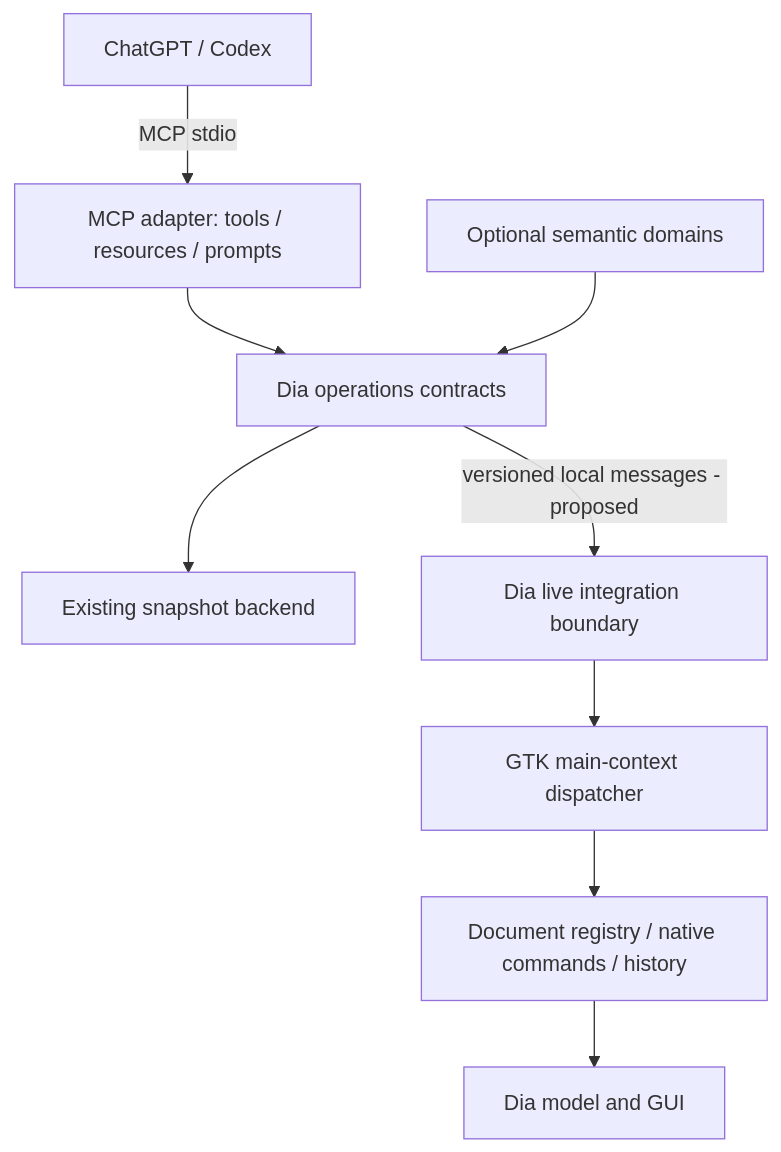
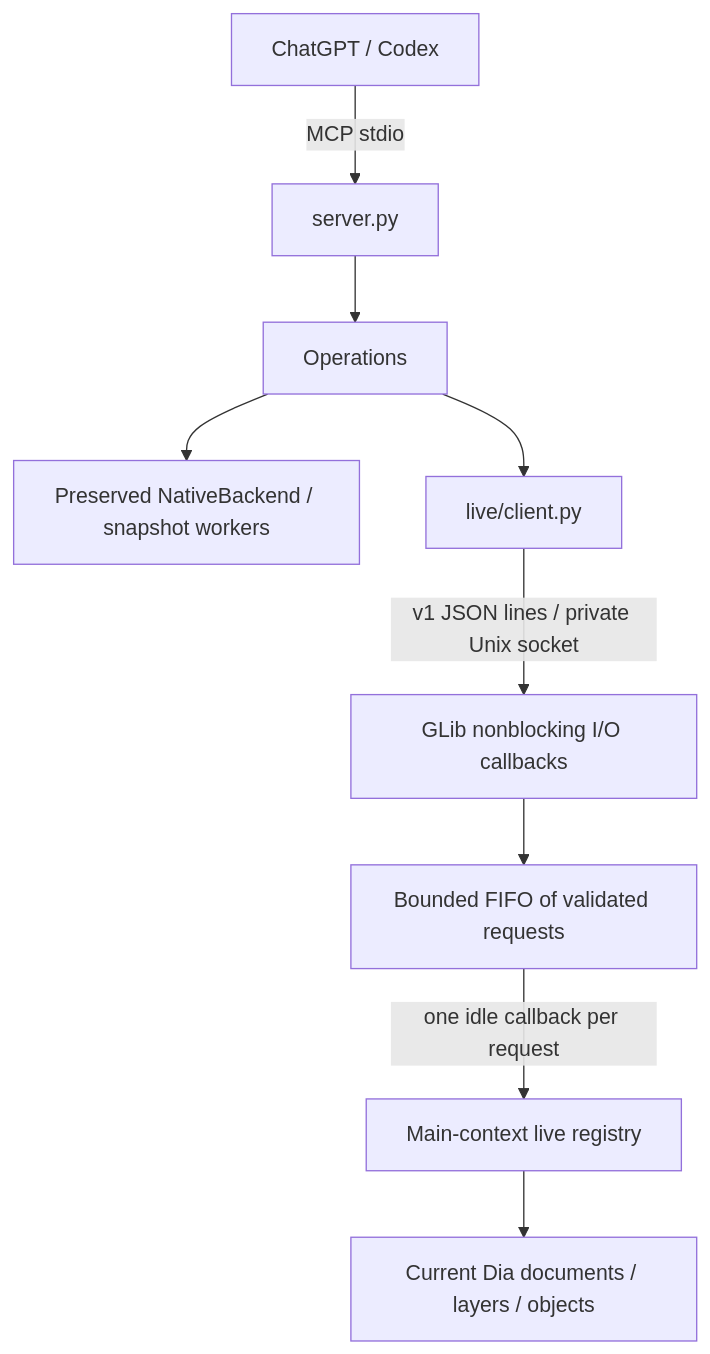
The second of 2 diagrams in docs/mcp-architecture.md (jcrtexidor/dia), drawn with Mermaid before and after one commit. The commit also changed other lines of this file and 13 other files, not shown here.

Commit message:
Expose live MCP inspection and verify GUI lifecycle on Wayland

````diff
--- a/docs/mcp-architecture.md
+++ b/docs/mcp-architecture.md
@@ -158,11 +158,11 @@
 ```mermaid
 flowchart TD
-    Client[ChatGPT / Codex] -->|MCP stdio| Adapter[MCP adapter: tools / resources / prompts]
-    Adapter --> Core[Dia operations contracts]
-    Domains[Optional semantic domains] --> Core
-    Core --> Snapshot[Existing snapshot backend]
-    Core -->|versioned local messages - proposed| Live[Dia live integration boundary]
-    Live --> Dispatch[GTK main-context dispatcher]
-    Dispatch --> Commands[Document registry / native commands / history]
-    Commands --> Model[Dia model and GUI]
+    Client[ChatGPT / Codex] -->|MCP stdio| Adapter[server.py]
+    Adapter --> Ops[Operations]
+    Ops --> Snapshot[Preserved NativeBackend / snapshot workers]
+    Ops --> LiveClient[live/client.py]
+    LiveClient -->|v1 JSON lines / private Unix socket| IO[GLib nonblocking I/O callbacks]
+    IO --> Queue[Bounded FIFO of validated requests]
+    Queue -->|one idle callback per request| Registry[Main-context live registry]
+    Registry --> Native[Current Dia documents / layers / objects]
 ```
````
